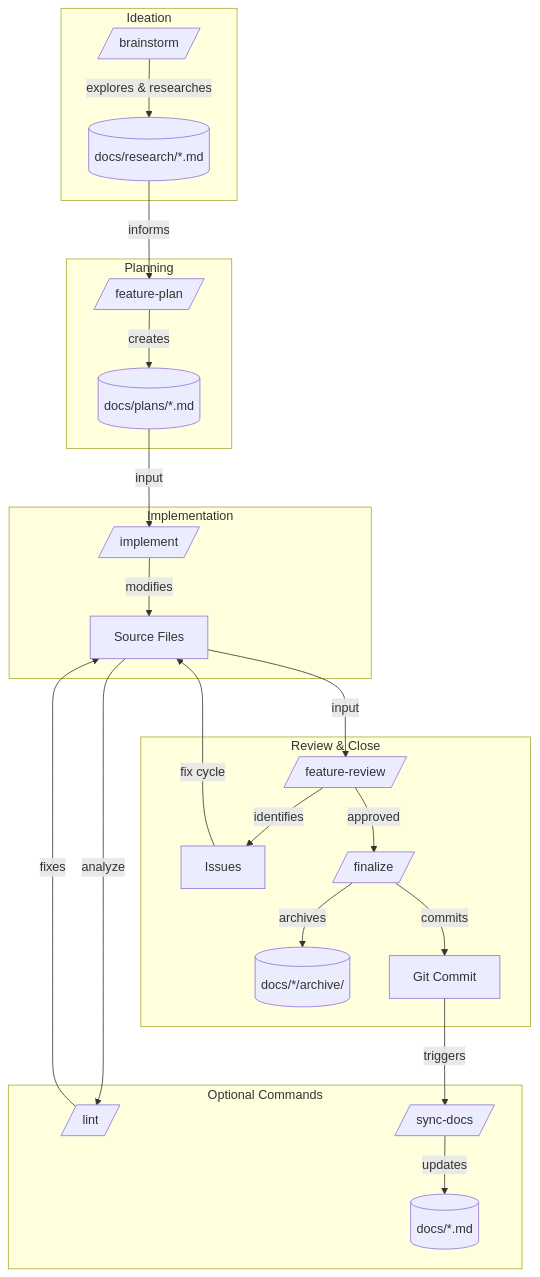
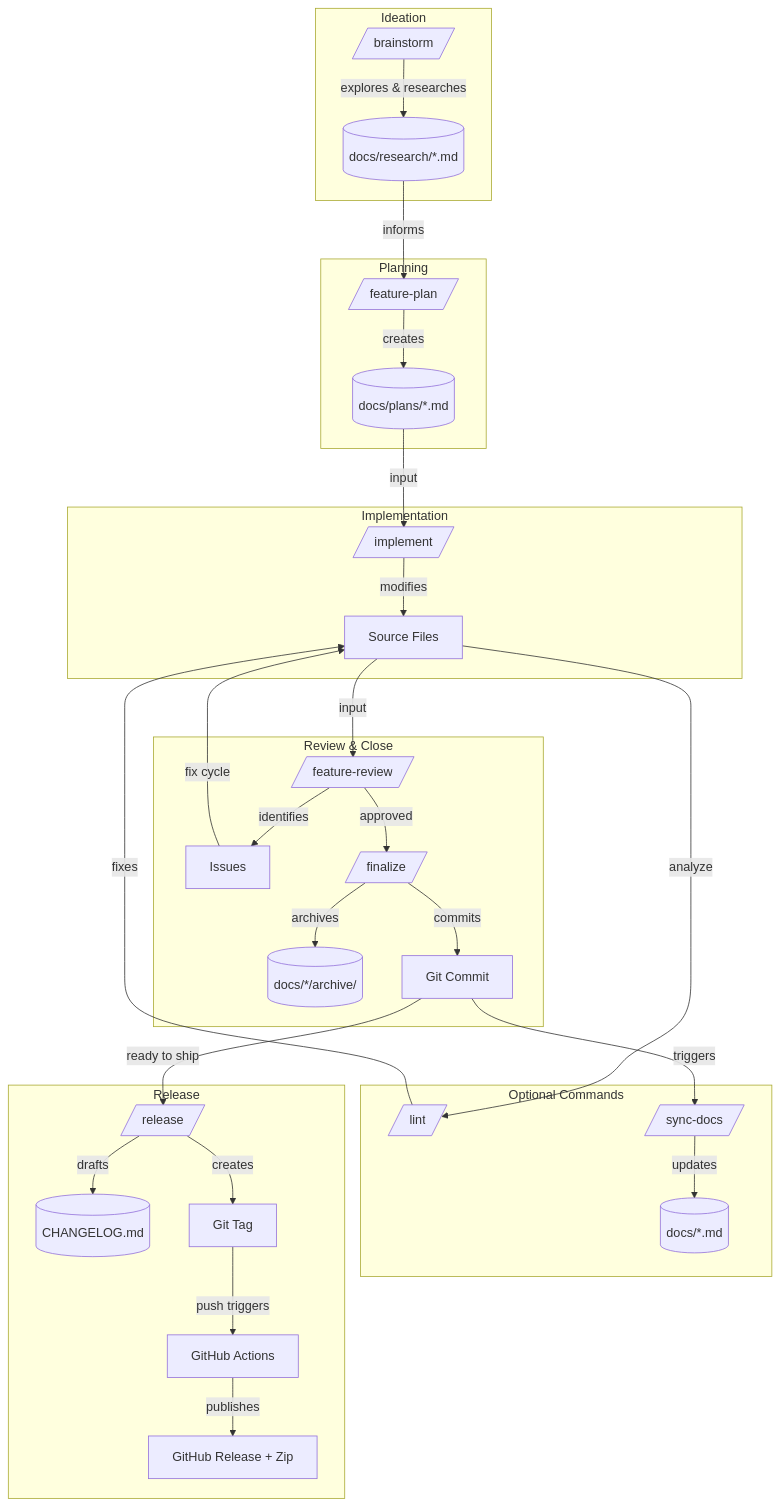
The diagram in docs/workflow.md (EvanLavender13/audio-jones), drawn with Mermaid before and after one commit. The commit also changed other lines of this file and 1 other file, not shown here.

Commit message:
Update README quick start with release download, add /release to workflow docs

````diff
--- a/docs/workflow.md
+++ b/docs/workflow.md
@@ -7,38 +7,46 @@
 ```mermaid
 flowchart TD
     subgraph Ideation[Ideation]
         BS[/brainstorm/] -->|explores & researches| ResearchDoc[(docs/research/*.md)]
     end
 
     subgraph Plan[Planning]
         ResearchDoc -->|informs| FP[/feature-plan/]
         FP -->|creates| PlanDoc[(docs/plans/*.md)]
     end
 
     subgraph Implement[Implementation]
         PlanDoc -->|input| IMP[/implement/]
         IMP -->|modifies| Code[Source Files]
     end
 
     subgraph Review[Review & Close]
         Code -->|input| FR[/feature-review/]
         FR -->|identifies| Issues[Issues]
         Issues -->|fix cycle| Code
         FR -->|approved| FIN[/finalize/]
         FIN -->|archives| Archive[(docs/*/archive/)]
         FIN -->|commits| Commit[Git Commit]
     end
 
     subgraph Optional[Optional Commands]
         Code -->|analyze| LINT[/lint/]
         LINT -->|fixes| Code
         Commit -->|triggers| SYNC[/sync-docs/]
         SYNC -->|updates| Docs[(docs/*.md)]
     end
 
+    subgraph Release[Release]
+        Commit -->|ready to ship| REL[/release/]
+        REL -->|drafts| CL[(CHANGELOG.md)]
+        REL -->|creates| Tag[Git Tag]
+        Tag -->|push triggers| GHA[GitHub Actions]
+        GHA -->|publishes| GHR[GitHub Release + Zip]
+    end
+
 %% Legend:
 %% [/command/] slash command
 %% [(file)] document or file
 %% [name] code artifact
 %% → action (label describes relationship)
 ```
````
